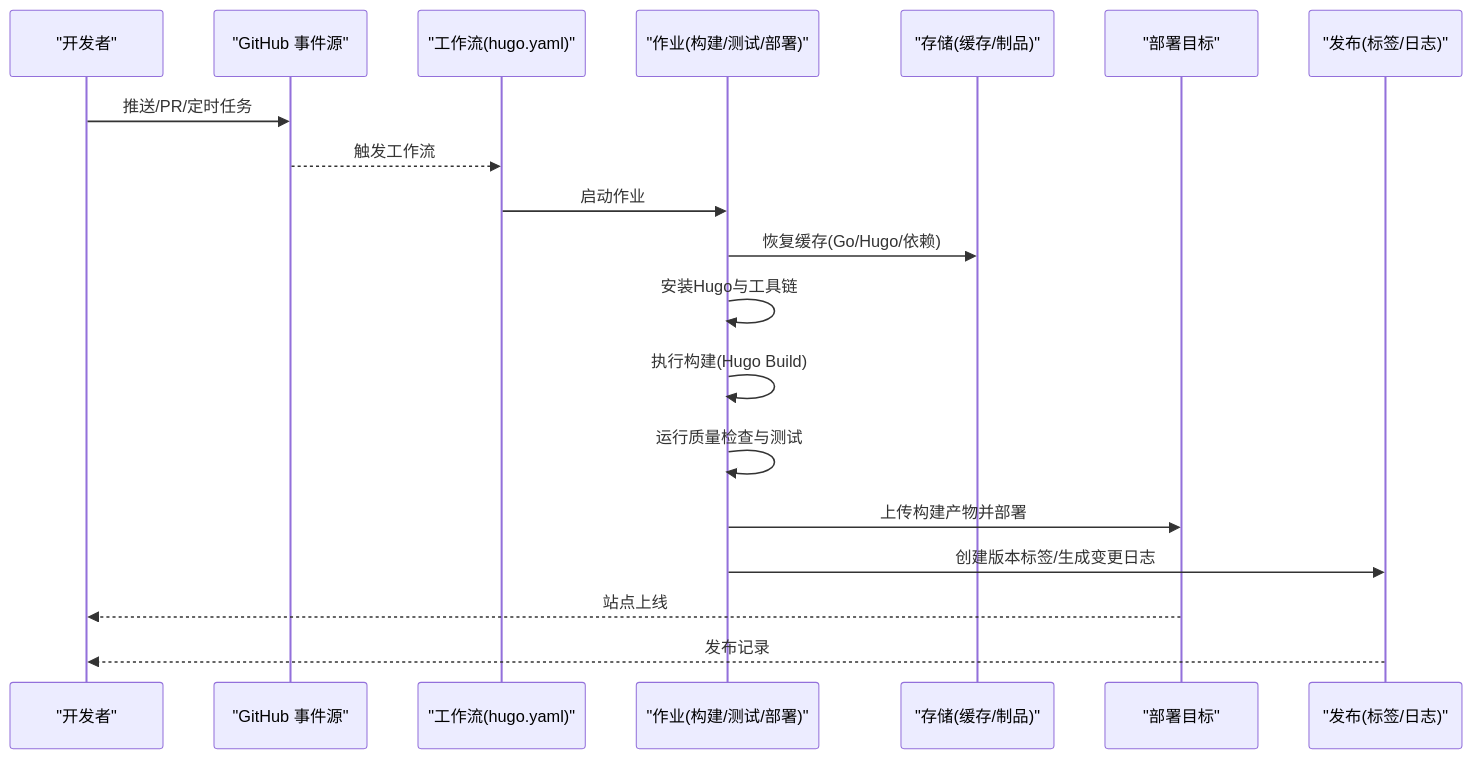
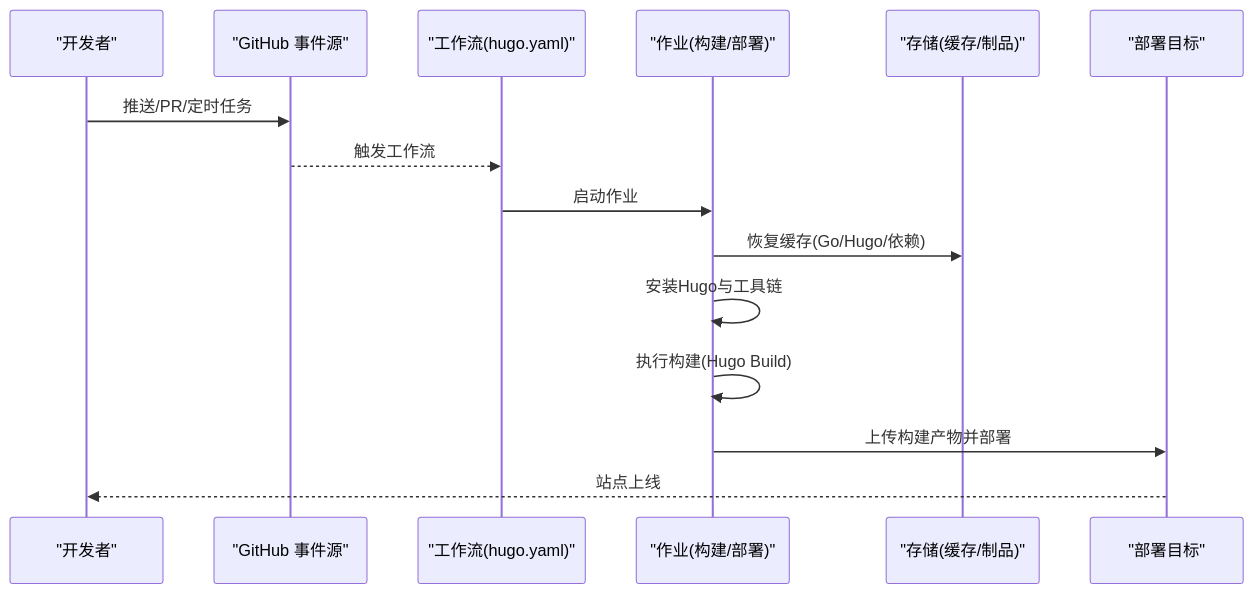
One commit to nianjiang/nianjiang.github.io changed the second of 3 diagrams in .qoder/repowiki/zh/content/部署与维护/CI_CD流水线.md. Above: the diagram before and after it, drawn with Mermaid. The commit also changed other lines of this file and 176 other files, not shown here.

````diff
--- a/.qoder/repowiki/zh/content/部署与维护/CI_CD流水线.md
+++ b/.qoder/repowiki/zh/content/部署与维护/CI_CD流水线.md
@@ -75,21 +74,17 @@
 ```mermaid
 sequenceDiagram
 participant Dev as "开发者"
 participant GH as "GitHub 事件源"
 participant WA as "工作流(hugo.yaml)"
-participant JO as "作业(构建/测试/部署)"
+participant JO as "作业(构建/部署)"
 participant ST as "存储(缓存/制品)"
 participant DP as "部署目标"
-participant RG as "发布(标签/日志)"
 Dev->>GH : 推送/PR/定时任务
 GH-->>WA : 触发工作流
 WA->>JO : 启动作业
 JO->>ST : 恢复缓存(Go/Hugo/依赖)
 JO->>JO : 安装Hugo与工具链
 JO->>JO : 执行构建(Hugo Build)
-JO->>JO : 运行质量检查与测试
 JO->>DP : 上传构建产物并部署
-JO->>RG : 创建版本标签/生成变更日志
 DP-->>Dev : 站点上线
-RG-->>Dev : 发布记录
 ```
````
